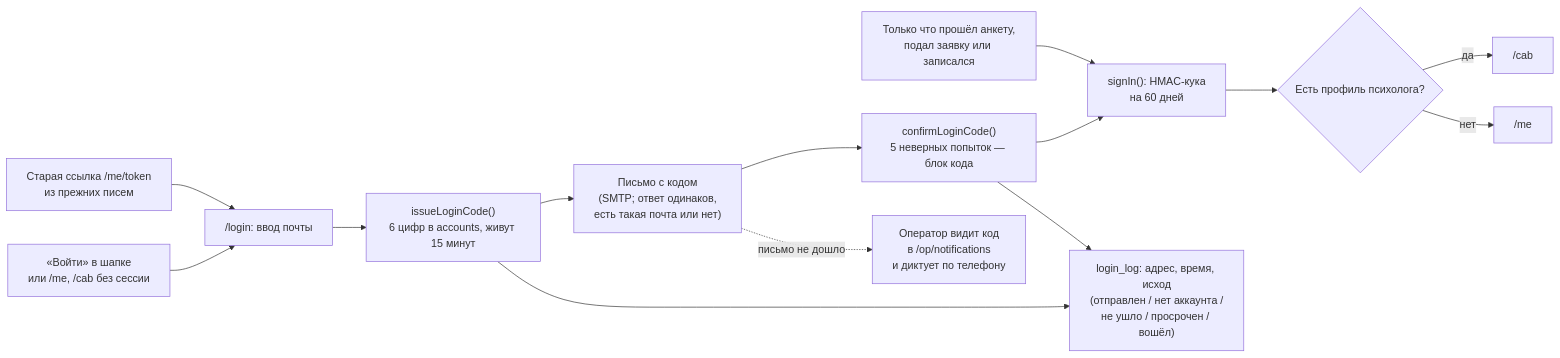
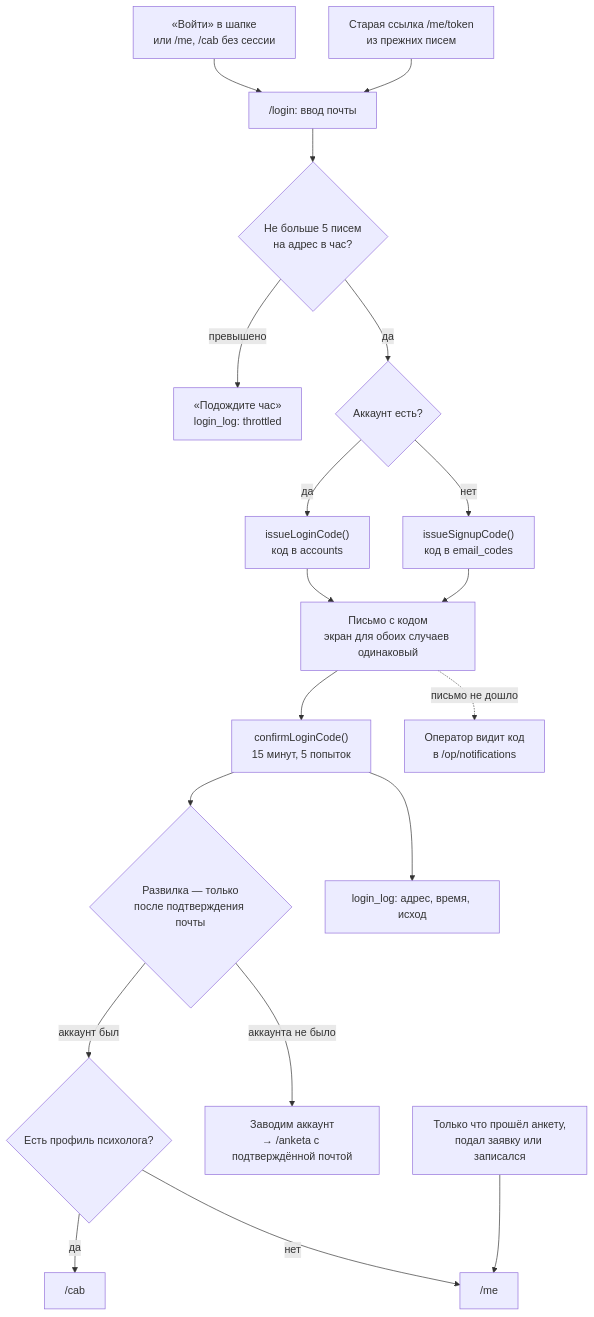
The fifth of 5 diagrams in docs/spec/flow.md (goosen-x/mipsy), drawn with Mermaid before and after one commit. The commit also changed other lines of this file and 14 other files, not shown here.

````diff
--- a/docs/spec/flow.md
+++ b/docs/spec/flow.md
@@ -97,16 +97,21 @@
 ```mermaid
-flowchart LR
+flowchart TD
   ENTER["«Войти» в шапке<br/>или /me, /cab без сессии"] --> LOGIN["/login: ввод почты"]
-  LOGIN --> ISSUE["issueLoginCode()<br/>6 цифр в accounts, живут 15 минут"]
-  ISSUE --> MAIL["Письмо с кодом<br/>(SMTP; ответ одинаков,<br/>есть такая почта или нет)"]
-  MAIL --> CHECK["confirmLoginCode()<br/>5 неверных попыток — блок кода"]
-  CHECK --> SESS["signIn(): HMAC-кука<br/>на 60 дней"]
-  SESS --> WHERE{"Есть профиль психолога?"}
+  OLD["Старая ссылка /me/token<br/>из прежних писем"] --> LOGIN
+  LOGIN --> LIMIT{"Не больше 5 писем<br/>на адрес в час?"}
+  LIMIT -->|превышено| WAIT["«Подождите час»<br/>login_log: throttled"]
+  LIMIT -->|да| KNOWN{"Аккаунт есть?"}
+  KNOWN -->|да| C1["issueLoginCode()<br/>код в accounts"]
+  KNOWN -->|нет| C2["issueSignupCode()<br/>код в email_codes"]
+  C1 --> MAIL["Письмо с кодом<br/>экран для обоих случаев одинаковый"]
+  C2 --> MAIL
+  MAIL --> CHECK["confirmLoginCode()<br/>15 минут, 5 попыток"]
+  CHECK --> FORK{"Развилка — только<br/>после подтверждения почты"}
+  FORK -->|"аккаунт был"| WHERE{"Есть профиль психолога?"}
   WHERE -->|да| CAB["/cab"]
   WHERE -->|нет| ME["/me"]
-  FIRST["Только что прошёл анкету,<br/>подал заявку или записался"] --> SESS
-  OLD["Старая ссылка /me/token<br/>из прежних писем"] --> LOGIN
-  MAIL -.->|"письмо не дошло"| OPR["Оператор видит код<br/>в /op/notifications<br/>и диктует по телефону"]
-  ISSUE --> LOG["login_log: адрес, время, исход<br/>(отправлен / нет аккаунта /<br/>не ушло / просрочен / вошёл)"]
-  CHECK --> LOG
+  FORK -->|"аккаунта не было"| NEW["Заводим аккаунт<br/>→ /anketa с подтверждённой почтой"]
+  FIRST["Только что прошёл анкету,<br/>подал заявку или записался"] --> ME
+  MAIL -.->|"письмо не дошло"| OPR["Оператор видит код<br/>в /op/notifications"]
+  CHECK --> LOG["login_log: адрес, время, исход"]
 ```
````
